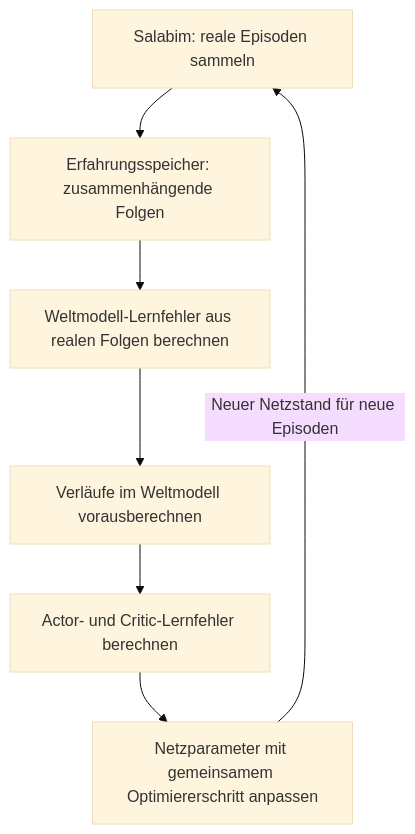
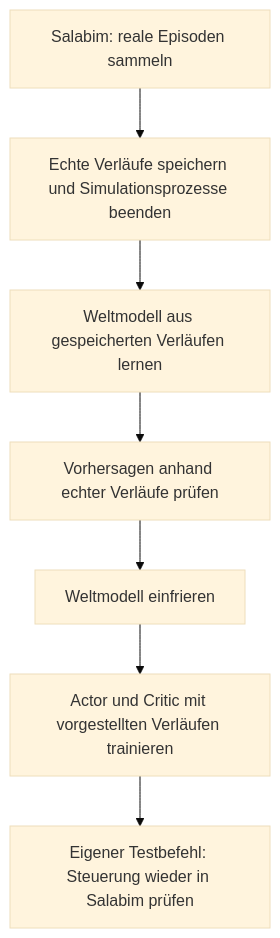
One commit to ghackenberg/SpineML changed diagram 18 of 18 in README.md. Above: the diagram before and after it, drawn with Mermaid (base theme). The commit also changed other lines of this file and 7 other files, not shown here.

````diff
--- a/README.md
+++ b/README.md
@@ -3224,12 +3240,12 @@
 ```mermaid
 flowchart TD
     S["Salabim: reale Episoden sammeln"]
-    R["Erfahrungsspeicher: zusammenhängende Folgen"]
-    W["Weltmodell-Lernfehler aus realen Folgen berechnen"]
-    I["Verläufe im Weltmodell vorausberechnen"]
-    A["Actor- und Critic-Lernfehler berechnen"]
-    U["Netzparameter mit gemeinsamem Optimiererschritt anpassen"]
+    R["Echte Verläufe speichern und Simulationsprozesse beenden"]
+    W["Weltmodell aus gespeicherten Verläufen lernen"]
+    V["Vorhersagen anhand echter Verläufe prüfen"]
+    F["Weltmodell einfrieren"]
+    I["Actor und Critic mit vorgestellten Verläufen trainieren"]
+    T["Eigener Testbefehl: Steuerung wieder in Salabim prüfen"]
 
-    S --> R --> W --> I --> A --> U
-    U -->|"Neuer Netzstand für neue Episoden"| S
+    S --> R --> W --> V --> F --> I --> T
 ```
````
